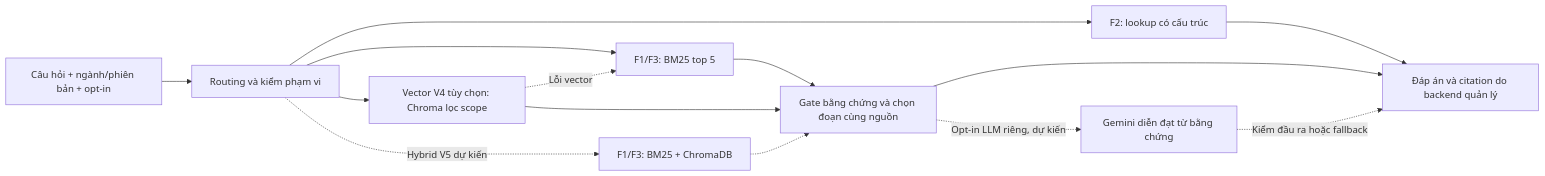
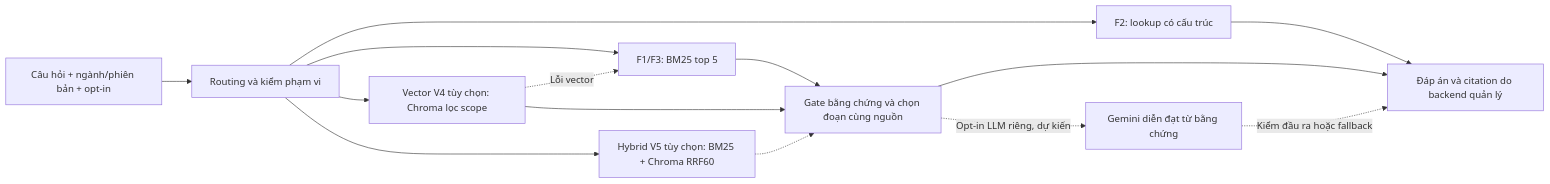
Before and after one commit to 5-Bit-System/SE_Project: the diagram in docs/RAG_PROGRESS_AND_NEXT_PLAN.md, drawn with Mermaid. The commit also changed other lines of this file and 6 other files, not shown here.

````diff
--- a/docs/RAG_PROGRESS_AND_NEXT_PLAN.md
+++ b/docs/RAG_PROGRESS_AND_NEXT_PLAN.md
@@ -13,16 +15,16 @@
 ```mermaid
 flowchart LR
     U[Câu hỏi + ngành/phiên bản + opt-in] --> R[Routing và kiểm phạm vi]
     R --> F2[F2: lookup có cấu trúc]
     F2 --> A[Đáp án và citation do backend quản lý]
     R --> B[F1/F3: BM25 top 5]
     B --> G[Gate bằng chứng và chọn đoạn cùng nguồn]
     G --> A
     R --> V[Vector V4 tùy chọn: Chroma lọc scope]
     V --> G
     V -. Lỗi vector .-> B
-    R -. Hybrid V5 dự kiến .-> H[F1/F3: BM25 + ChromaDB]
+    R --> H[Hybrid V5 tùy chọn: BM25 + Chroma RRF60]
     H -.-> G
     G -. Opt-in LLM riêng, dự kiến .-> L[Gemini diễn đạt từ bằng chứng]
     L -. Kiểm đầu ra hoặc fallback .-> A
 ```
````
